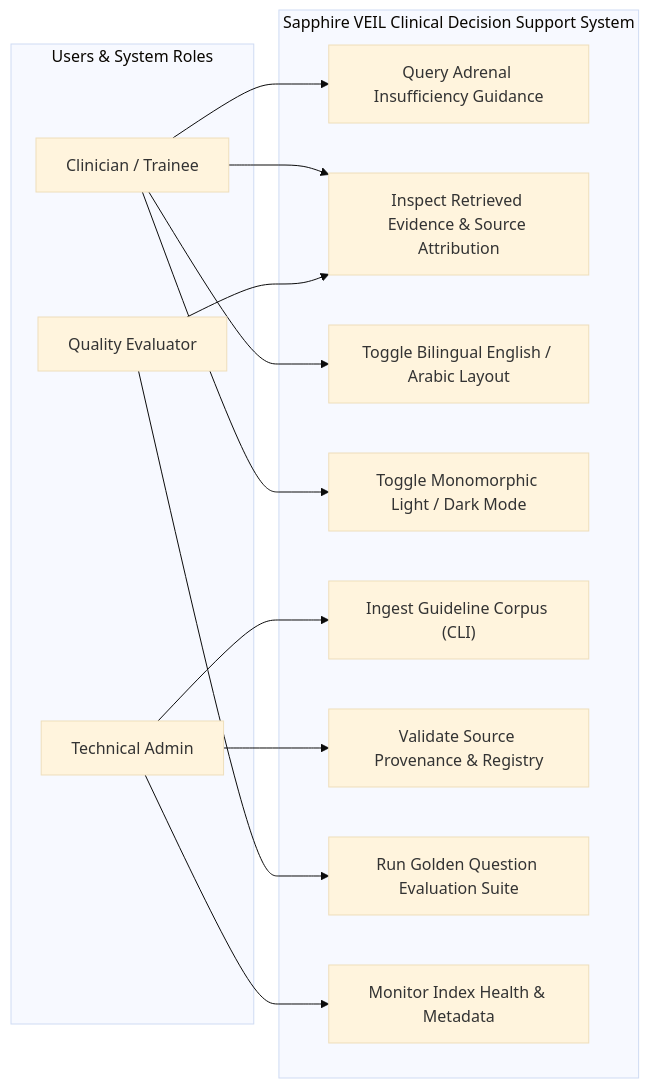
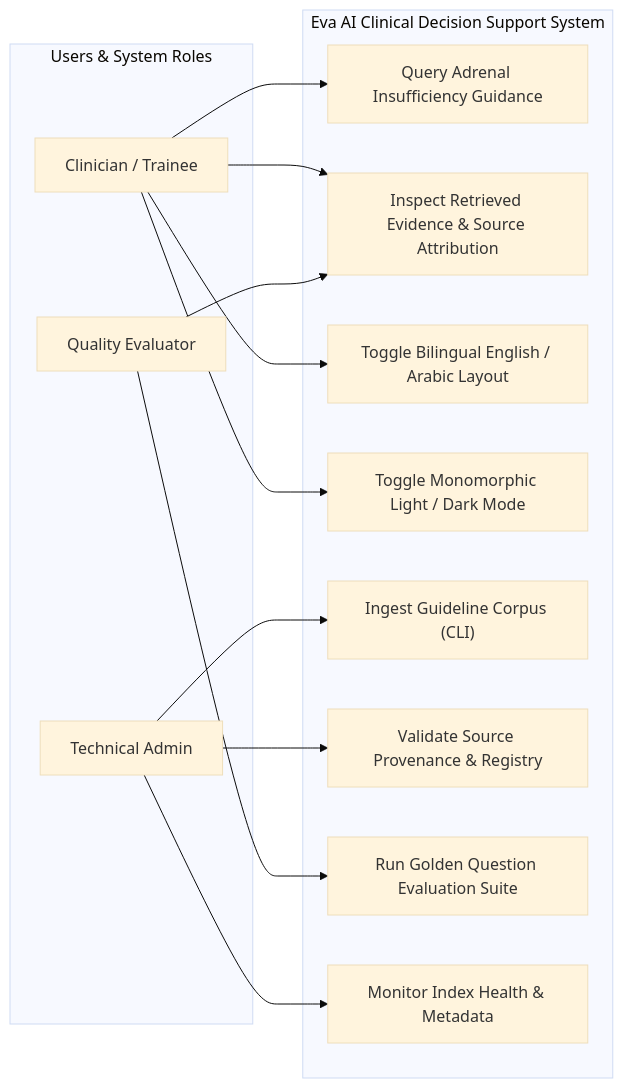
One commit to IbrahimAbdelsattar/Adrenal-Insufficiency-Guideline-RAG changed the third of 6 diagrams in README.md. Above: the diagram before and after it, drawn with Mermaid (base theme). The commit also changed other lines of this file and 15 other files, not shown here.

Commit message:
feat: rebrand project to Eva AI and implement new frontend retrieval components and backend architecture

````diff
--- a/README.md
+++ b/README.md
@@ -199,31 +199,31 @@
 ```mermaid
 graph LR
     subgraph Actors["Users & System Roles"]
         Clinician["Clinician / Trainee"]
         Admin["Technical Admin"]
         Evaluator["Quality Evaluator"]
     end
 
-    subgraph SystemBoundary["Sapphire VEIL Clinical Decision Support System"]
+    subgraph SystemBoundary["Eva AI Clinical Decision Support System"]
         UC1["Query Adrenal Insufficiency Guidance"]
         UC2["Inspect Retrieved Evidence & Source Attribution"]
         UC3["Toggle Bilingual English / Arabic Layout"]
         UC4["Toggle Monomorphic Light / Dark Mode"]
         UC5["Ingest Guideline Corpus (CLI)"]
         UC6["Validate Source Provenance & Registry"]
         UC7["Run Golden Question Evaluation Suite"]
         UC8["Monitor Index Health & Metadata"]
     end
 
     Clinician --> UC1
     Clinician --> UC2
     Clinician --> UC3
     Clinician --> UC4
 
     Admin --> UC5
     Admin --> UC6
     Admin --> UC8
 
     Evaluator --> UC7
     Evaluator --> UC2
 ```
````
